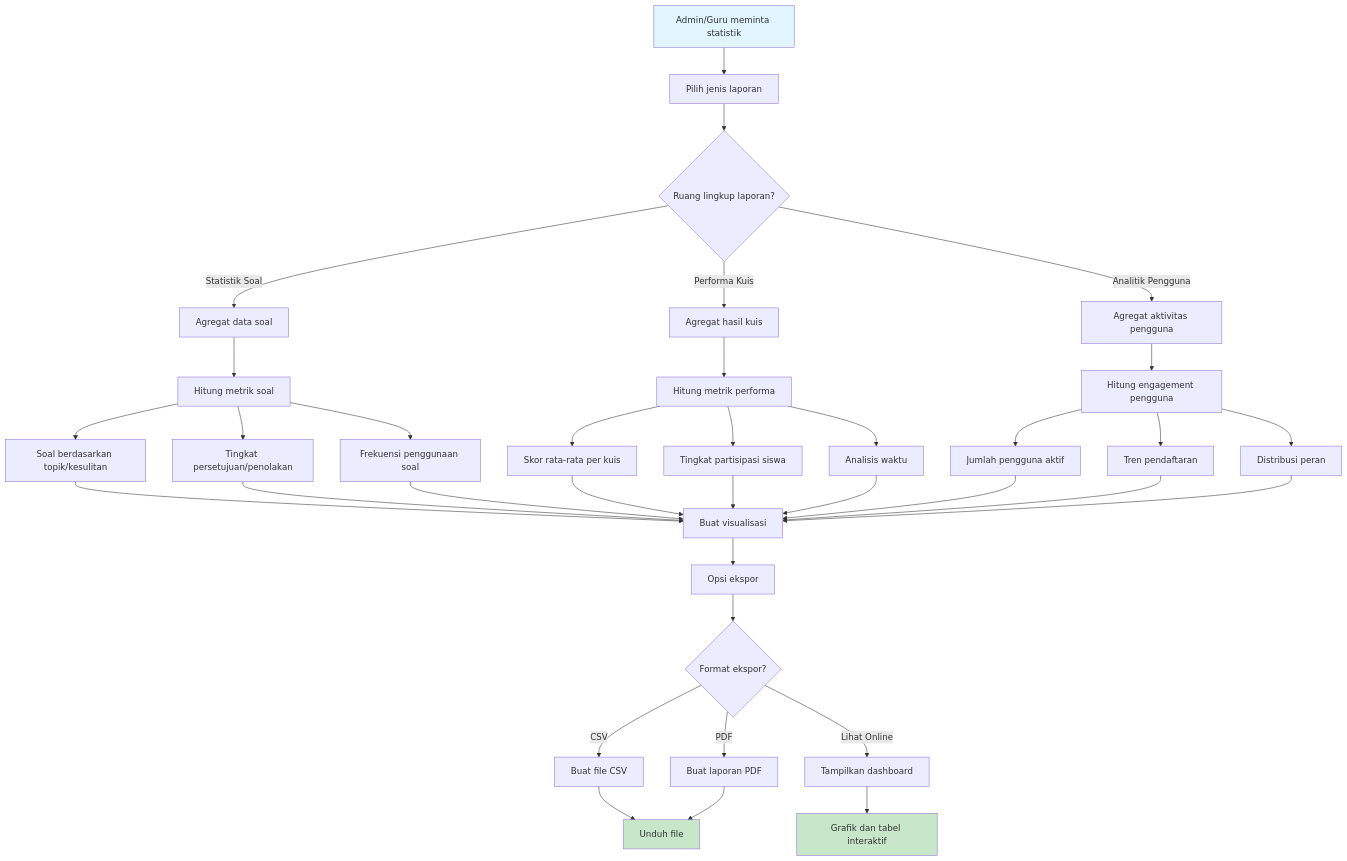
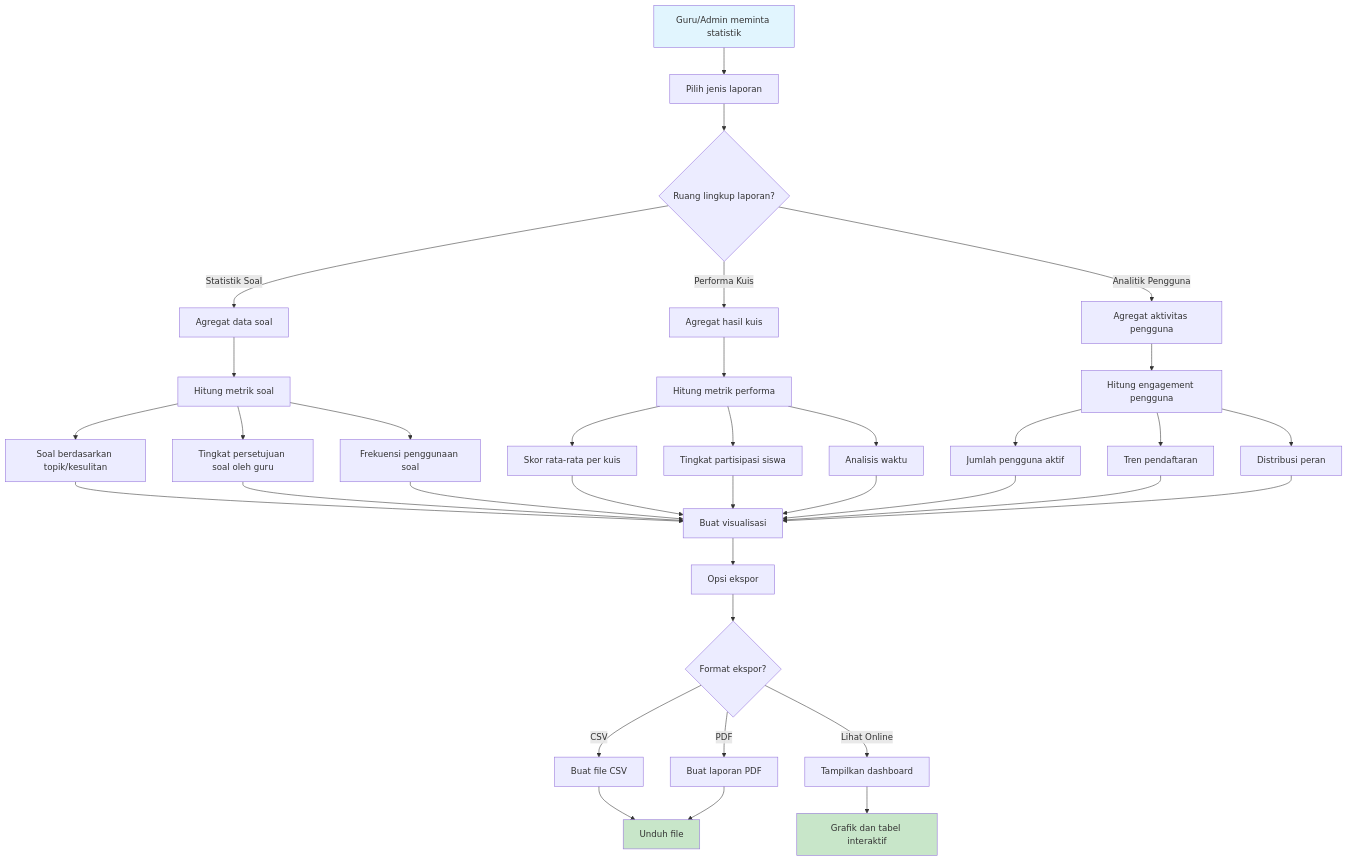
One commit to jonito2005/exam-expert-ai-docs changed the sixth of 6 diagrams in activity-diagrams.md. Above: the diagram before and after it, drawn with Mermaid. The commit also changed other lines of this file and 3 other files, not shown here.

````diff
--- a/activity-diagrams.md
+++ b/activity-diagrams.md
@@ -189,50 +195,50 @@
 ```mermaid
 flowchart TD
-    A[Admin/Guru meminta statistik] --> B[Pilih jenis laporan]
+    A[Guru/Admin meminta statistik] --> B[Pilih jenis laporan]
     B --> C{Ruang lingkup laporan?}
     
     C -->|Statistik Soal| D[Agregat data soal]
     C -->|Performa Kuis| E[Agregat hasil kuis]
     C -->|Analitik Pengguna| F[Agregat aktivitas pengguna]
     
     D --> G[Hitung metrik soal]
     E --> H[Hitung metrik performa]
     F --> I[Hitung engagement pengguna]
     
     G --> J[Soal berdasarkan topik/kesulitan]
-    G --> K[Tingkat persetujuan/penolakan]
+    G --> K[Tingkat persetujuan soal oleh guru]
     G --> L[Frekuensi penggunaan soal]
     
     H --> M[Skor rata-rata per kuis]
     H --> N[Tingkat partisipasi siswa]
     H --> O[Analisis waktu]
     
     I --> P[Jumlah pengguna aktif]
     I --> Q[Tren pendaftaran]
     I --> R[Distribusi peran]
     
     J --> S[Buat visualisasi]
     K --> S
     L --> S
     M --> S
     N --> S
     O --> S
     P --> S
     Q --> S
     R --> S
     
     S --> T[Opsi ekspor]
     T --> U{Format ekspor?}
     
     U -->|CSV| V[Buat file CSV]
     U -->|PDF| W[Buat laporan PDF]
     U -->|Lihat Online| X[Tampilkan dashboard]
     
     V --> Y[Unduh file]
     W --> Y
     X --> Z[Grafik dan tabel interaktif]
     
     style A fill:#e1f5fe
     style Y fill:#c8e6c9
     style Z fill:#c8e6c9
 ```
````
